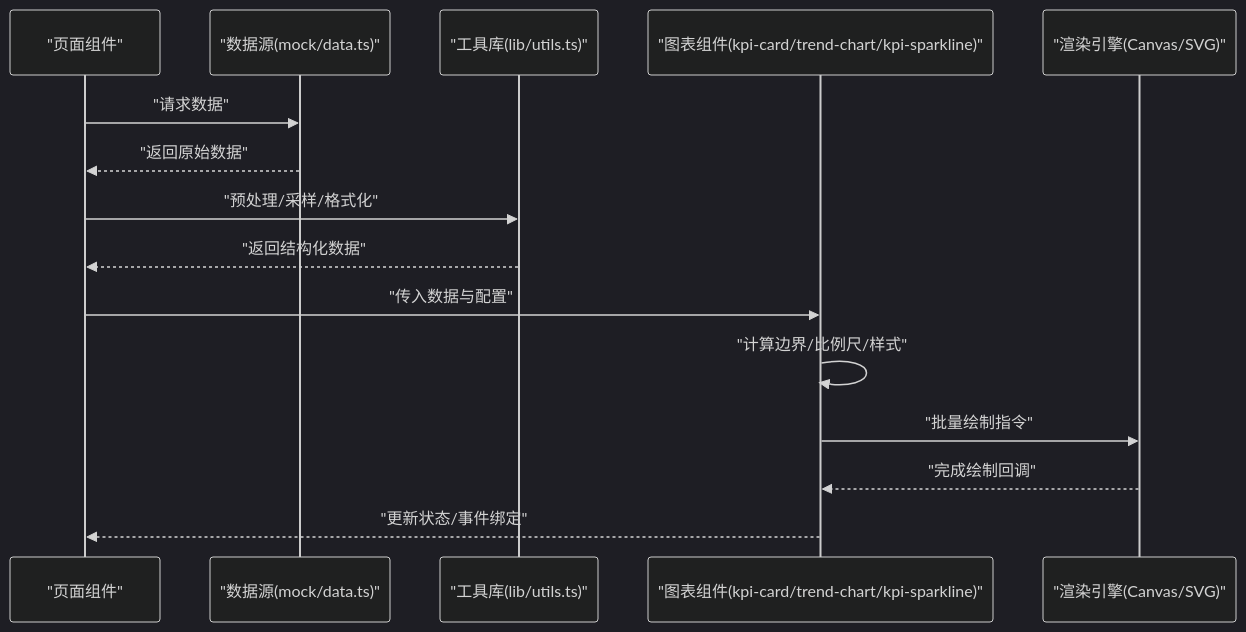
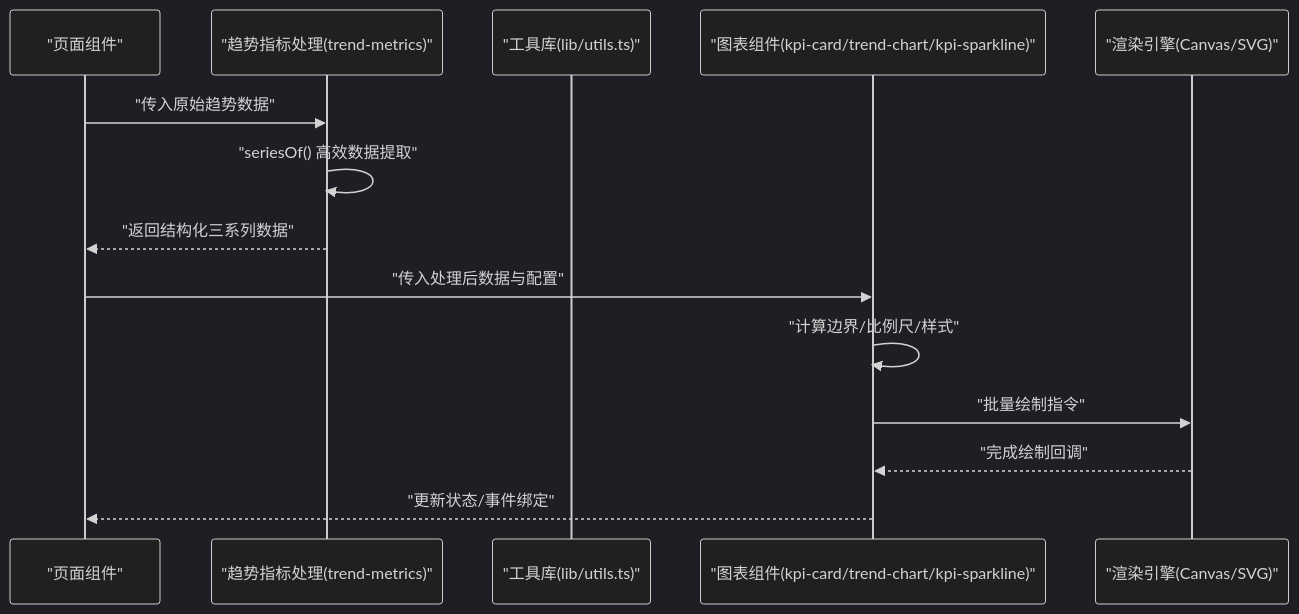
The second of 5 diagrams in .qoder/repowiki/zh/content/性能优化/渲染优化/图表组件性能优化.md (Damao997/newproject), drawn with Mermaid (dark theme) before and after one commit. The commit also changed other lines of this file and 57 other files, not shown here.

````diff
--- a/.qoder/repowiki/zh/content/性能优化/渲染优化/图表组件性能优化.md
+++ b/.qoder/repowiki/zh/content/性能优化/渲染优化/图表组件性能优化.md
@@ -134,17 +144,16 @@
 ```mermaid
 sequenceDiagram
 participant Page as "页面组件"
-participant Data as "数据源(mock/data.ts)"
+participant TM as "趋势指标处理(trend-metrics)"
 participant Utils as "工具库(lib/utils.ts)"
 participant Chart as "图表组件(kpi-card/trend-chart/kpi-sparkline)"
 participant Render as "渲染引擎(Canvas/SVG)"
-Page->>Data : "请求数据"
-Data-->>Page : "返回原始数据"
-Page->>Utils : "预处理/采样/格式化"
-Utils-->>Page : "返回结构化数据"
-Page->>Chart : "传入数据与配置"
+Page->>TM : "传入原始趋势数据"
+TM->>TM : "seriesOf() 高效数据提取"
+TM-->>Page : "返回结构化三系列数据"
+Page->>Chart : "传入处理后数据与配置"
 Chart->>Chart : "计算边界/比例尺/样式"
 Chart->>Render : "批量绘制指令"
 Render-->>Chart : "完成绘制回调"
 Chart-->>Page : "更新状态/事件绑定"
 ```
````
